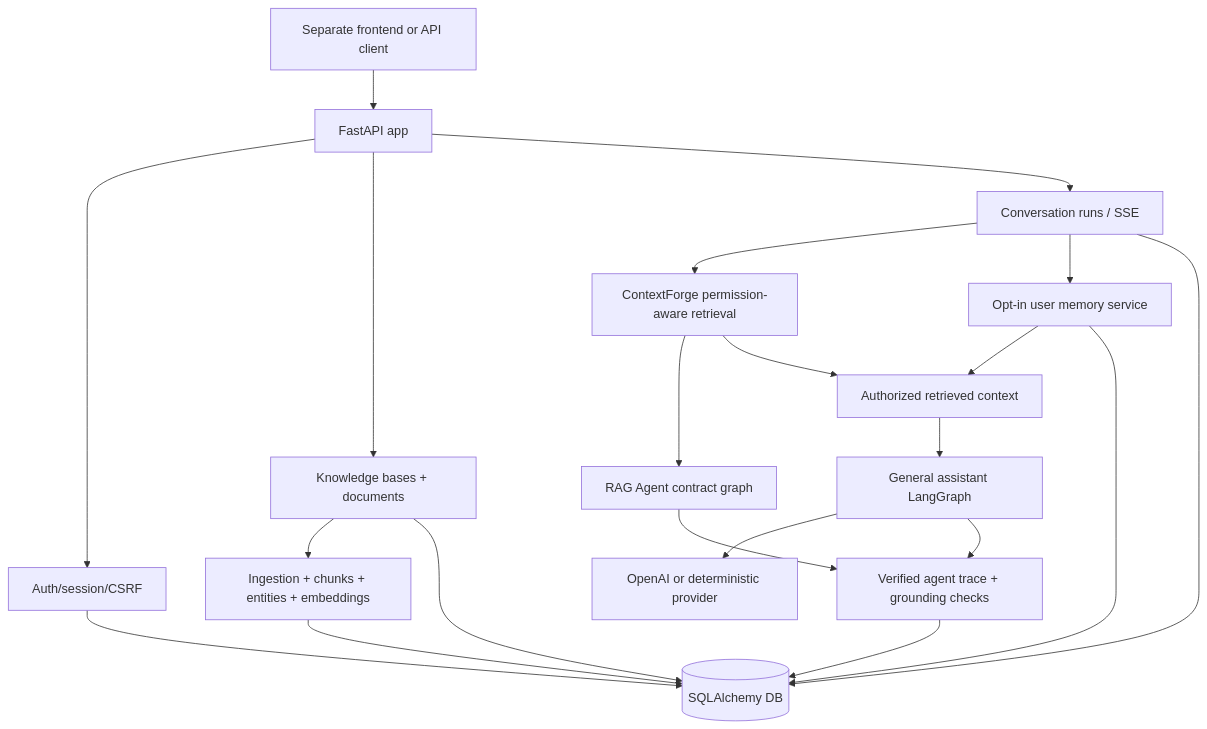
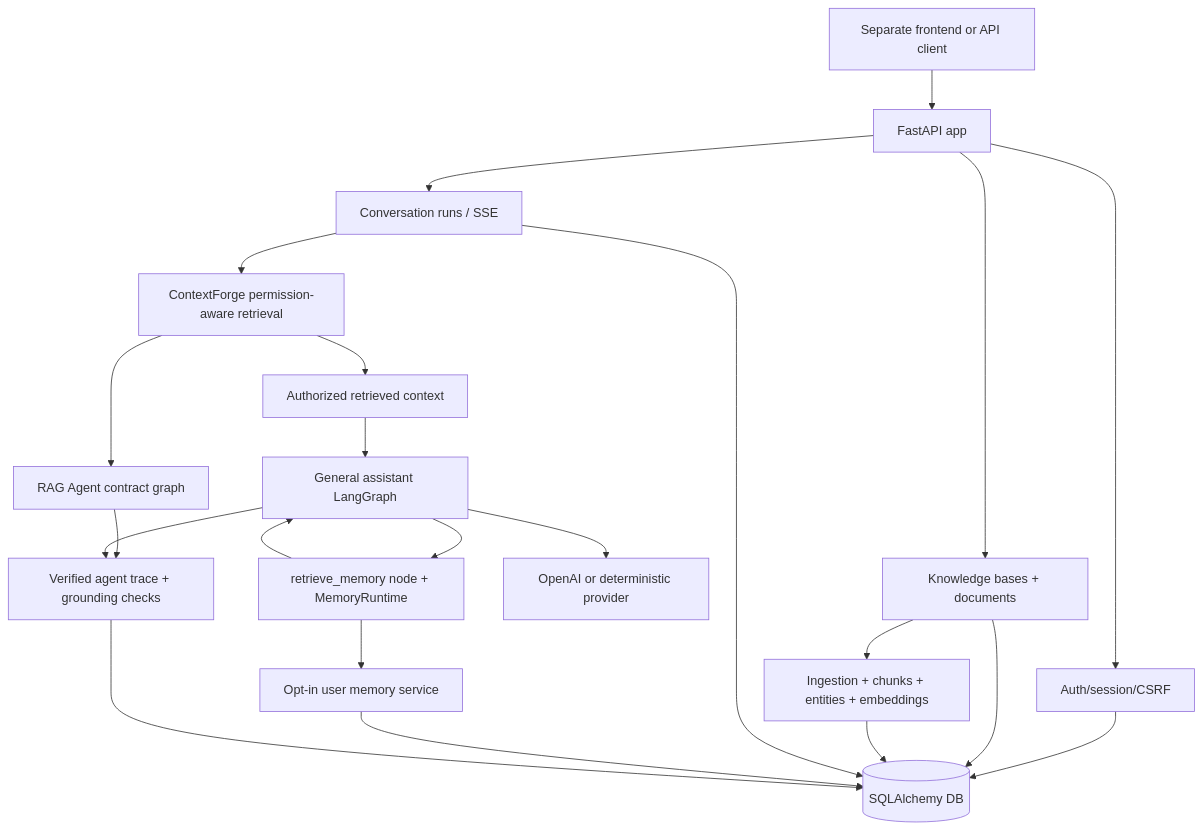
One commit to heecheon92/my-agents changed the diagram in README.en.md. Above: the diagram before and after it, drawn with Mermaid. The commit also changed other lines of this file and 30 other files, not shown here.

First line of the commit message:
Preserve graph memory audit boundaries

````diff
--- a/README.en.md
+++ b/README.en.md
@@ -57,23 +57,24 @@
 ```mermaid
 flowchart TD
     Frontend["Separate frontend or API client"] --> API["FastAPI app"]
     API --> Auth["Auth/session/CSRF"]
     API --> KB["Knowledge bases + documents"]
     API --> Runs["Conversation runs / SSE"]
     KB --> Ingest["Ingestion + chunks + entities + embeddings"]
     Runs --> ContextForge["ContextForge permission-aware retrieval"]
-    Runs --> Memory["Opt-in user memory service"]
     ContextForge --> RAGAgent["RAG Agent contract graph"]
     ContextForge --> GraphInput["Authorized retrieved context"]
     GraphInput --> Graph["General assistant LangGraph"]
-    Memory --> GraphInput
+    Graph --> MemoryRuntime["retrieve_memory node + MemoryRuntime"]
+    MemoryRuntime --> Memory["Opt-in user memory service"]
+    MemoryRuntime --> Graph
     Graph --> Provider["OpenAI or deterministic provider"]
     RAGAgent --> Events["Verified agent trace + grounding checks"]
     Graph --> Events
     Auth --> DB[("SQLAlchemy DB")]
     KB --> DB
     Ingest --> DB
     Runs --> DB
     Memory --> DB
     Events --> DB
 ```
````
